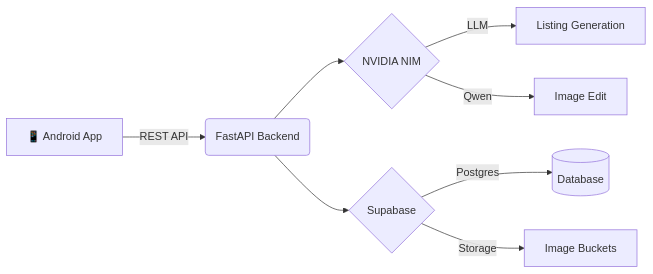
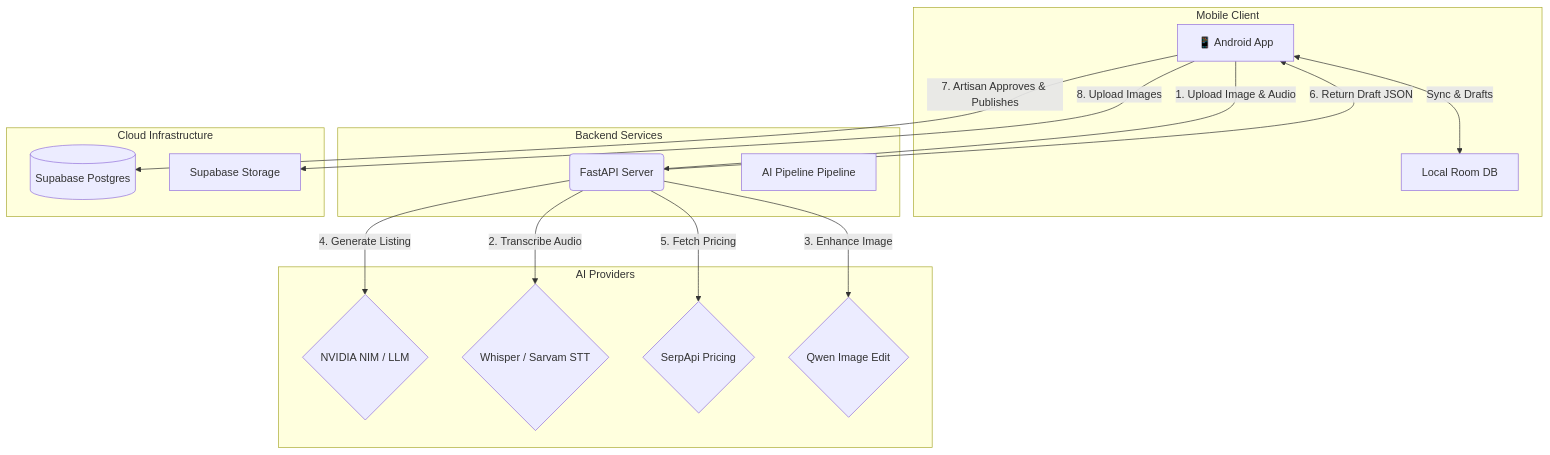
The diagram in README.md (jashwanthkandhi/KalaSetu), drawn with Mermaid before and after one commit. The commit also changed other lines of this file, not shown here.

Commit message:
docs: Expand README with problem statement, detailed architecture, and tech stack

````diff
--- a/README.md
+++ b/README.md
@@ -52,10 +72,34 @@
 ```mermaid
-graph LR
-    A[📱 Android App] -->|REST API| B(FastAPI Backend)
-    B --> C{NVIDIA NIM}
-    B --> D{Supabase}
-    C -->|LLM| E[Listing Generation]
-    C -->|Qwen| F[Image Edit]
-    D -->|Postgres| G[(Database)]
-    D -->|Storage| H[Image Buckets]
+graph TD
+    subgraph Mobile Client
+        A[📱 Android App] 
+        B[Local Room DB]
+    end
+
+    subgraph Backend Services
+        C(FastAPI Server)
+        D[AI Pipeline Pipeline]
+    end
+
+    subgraph AI Providers
+        E{NVIDIA NIM / LLM}
+        F{Whisper / Sarvam STT}
+        G{SerpApi Pricing}
+        H{Qwen Image Edit}
+    end
+
+    subgraph Cloud Infrastructure
+        I[(Supabase Postgres)]
+        J[Supabase Storage]
+    end
+
+    A <-->|Sync & Drafts| B
+    A -->|1. Upload Image & Audio| C
+    C -->|2. Transcribe Audio| F
+    C -->|3. Enhance Image| H
+    C -->|4. Generate Listing| E
+    C -->|5. Fetch Pricing| G
+    C -->|6. Return Draft JSON| A
+    A -->|7. Artisan Approves & Publishes| I
+    A -->|8. Upload Images| J
 ```
````
